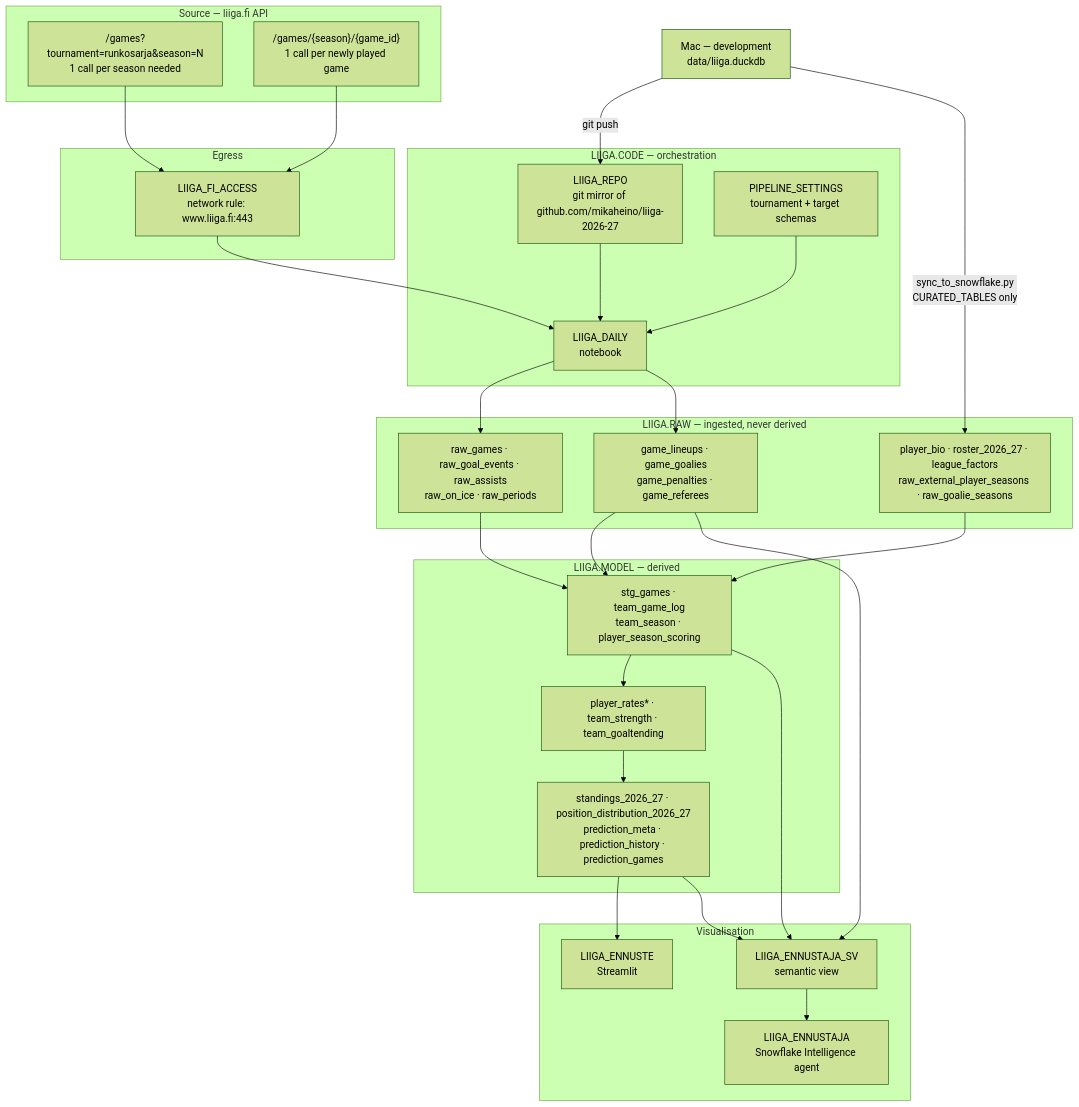
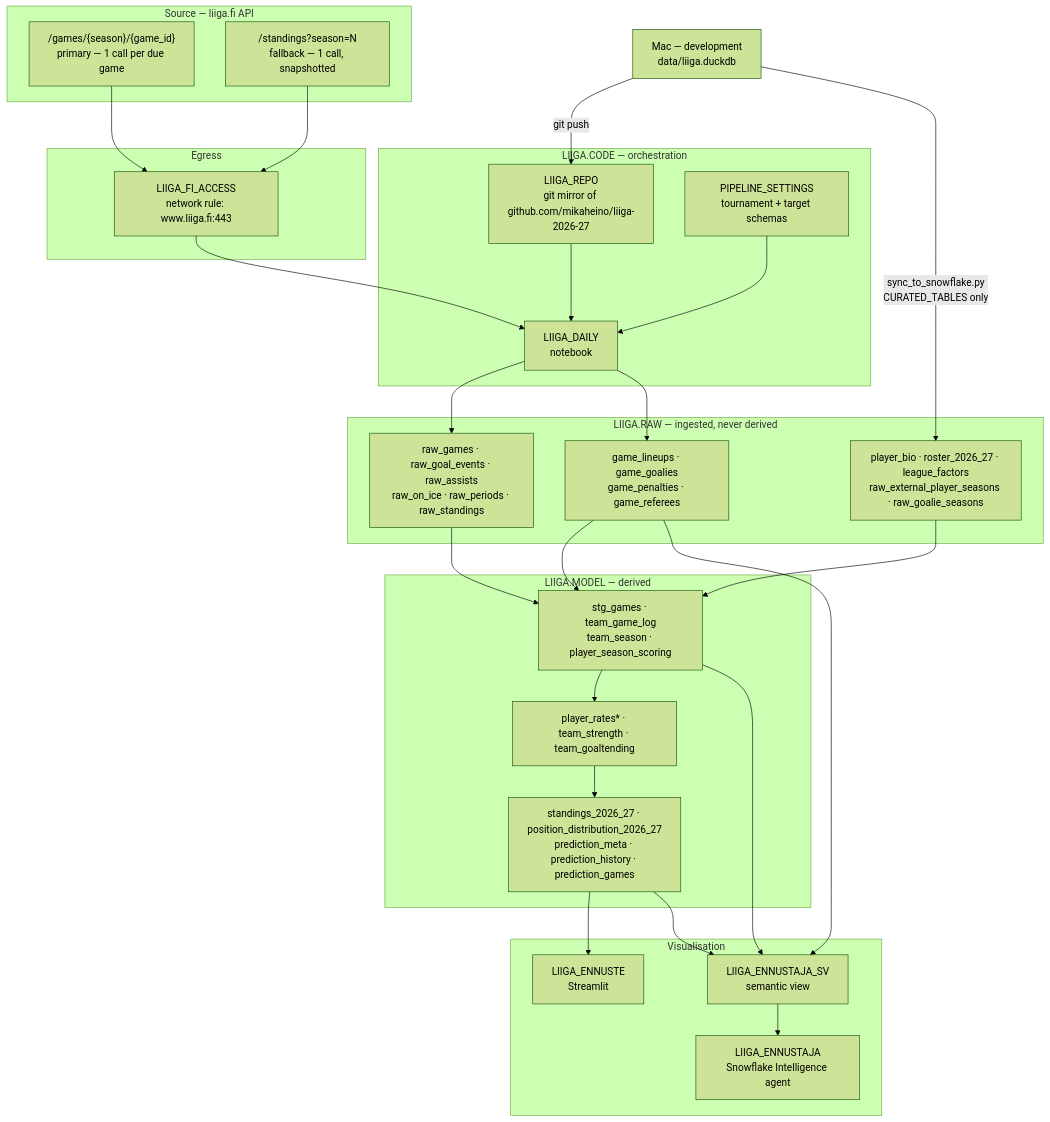
Before and after one commit to mikaheino/liiga-2026-27: the diagram in docs/snowflake_architecture.md, drawn with Mermaid (forest theme). The commit also changed other lines of this file, not shown here.

First line of the commit message:
Redraw the architecture around the two endpoints actually used

````diff
--- a/docs/snowflake_architecture.md
+++ b/docs/snowflake_architecture.md
@@ -10,48 +10,48 @@
 ```mermaid
 flowchart TB
     subgraph SRC["Source — liiga.fi API"]
-        S1["/games?tournament=runkosarja&season=N<br/>1 call per season needed"]
-        S2["/games/{season}/{game_id}<br/>1 call per newly played game"]
+        S2["/games/{season}/{game_id}<br/>primary — 1 call per due game"]
+        S3["/standings?season=N<br/>fallback — 1 call, snapshotted"]
     end
 
     subgraph NET["Egress"]
         EA["LIIGA_FI_ACCESS<br/>network rule: www.liiga.fi:443"]
     end
 
     subgraph RAW["LIIGA.RAW — ingested, never derived"]
-        R1["raw_games · raw_goal_events · raw_assists<br/>raw_on_ice · raw_periods"]
+        R1["raw_games · raw_goal_events · raw_assists<br/>raw_on_ice · raw_periods · raw_standings"]
         R2["game_lineups · game_goalies<br/>game_penalties · game_referees"]
         R3["player_bio · roster_2026_27 · league_factors<br/>raw_external_player_seasons · raw_goalie_seasons"]
     end
 
     subgraph MOD["LIIGA.MODEL — derived"]
         T1["stg_games · team_game_log<br/>team_season · player_season_scoring"]
         T2["player_rates* · team_strength · team_goaltending"]
         T3["standings_2026_27 · position_distribution_2026_27<br/>prediction_meta · prediction_history · prediction_games"]
     end
 
     subgraph CODE["LIIGA.CODE — orchestration"]
         G["LIIGA_REPO<br/>git mirror of github.com/mikaheino/liiga-2026-27"]
         NB["LIIGA_DAILY<br/>notebook"]
         PS["PIPELINE_SETTINGS<br/>tournament + target schemas"]
     end
 
     subgraph VIS["Visualisation"]
         ST["LIIGA_ENNUSTE<br/>Streamlit"]
         SV["LIIGA_ENNUSTAJA_SV<br/>semantic view"]
         AG["LIIGA_ENNUSTAJA<br/>Snowflake Intelligence agent"]
     end
 
     MAC["Mac — development<br/>data/liiga.duckdb"]
 
-    S1 --> EA --> NB
-    S2 --> EA
+    S2 --> EA --> NB
+    S3 --> EA
     G --> NB
     PS --> NB
     NB --> R1 & R2
     MAC -->|"git push"| G
     MAC -->|"sync_to_snowflake.py<br/>CURATED_TABLES only"| R3
     R1 & R2 & R3 --> T1 --> T2 --> T3
     T3 --> ST
     T1 & T3 & R2 --> SV --> AG
 ```
````
